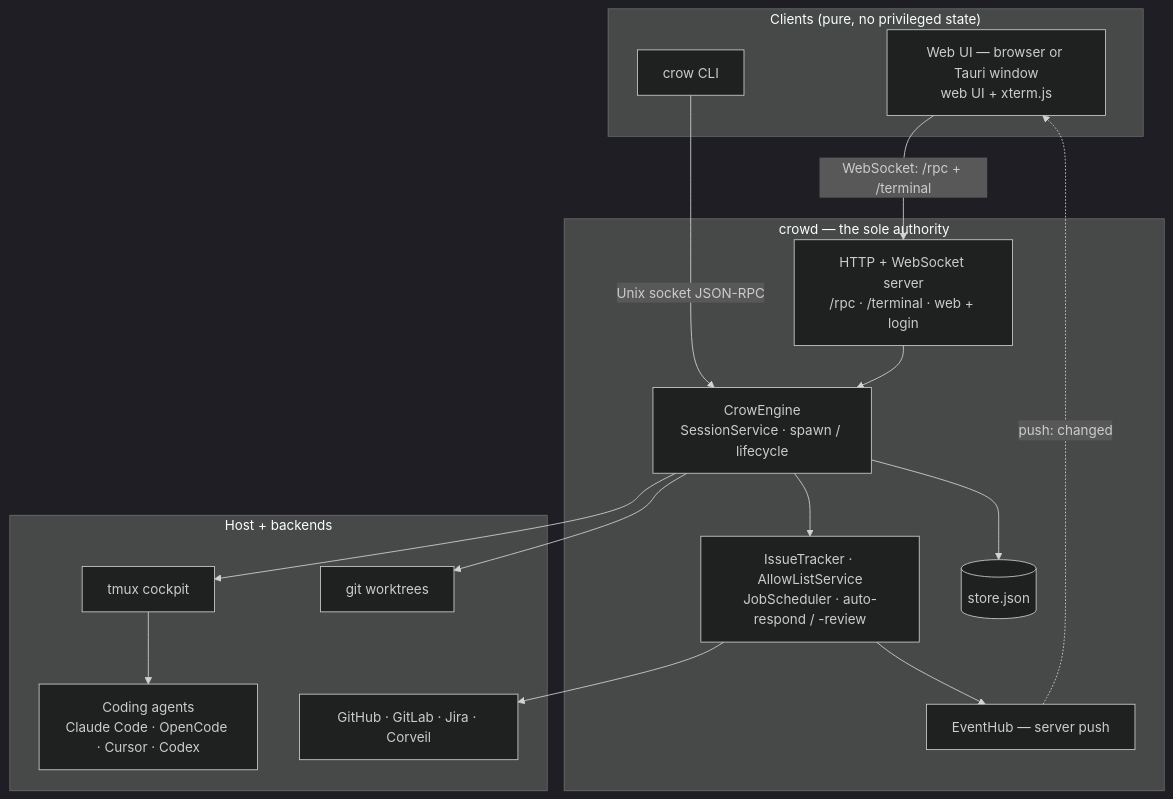
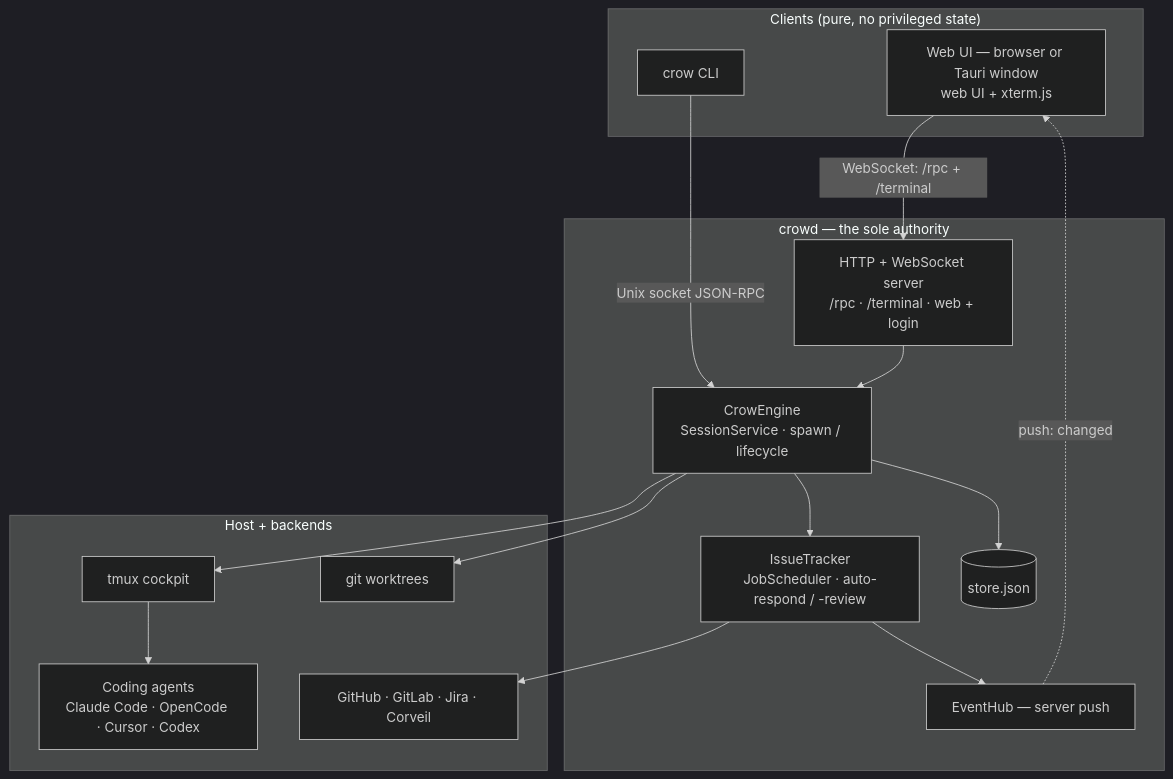
The diagram in README.md (corveil/crow), drawn with Mermaid (dark theme) before and after one commit. The commit also changed 47 other files, not shown here.

````diff
--- a/README.md
+++ b/README.md
@@ -9,34 +9,34 @@
 ```mermaid
 flowchart TB
     subgraph clients["Clients (pure, no privileged state)"]
         WEB["Web UI — browser or Tauri window<br/>web UI + xterm.js"]
         CLI["crow CLI"]
     end
 
     subgraph daemon["crowd — the sole authority"]
         HTTP["HTTP + WebSocket server<br/>/rpc · /terminal · web + login"]
         ENGINE["CrowEngine<br/>SessionService · spawn / lifecycle"]
-        BOARDS["IssueTracker · AllowListService<br/>JobScheduler · auto-respond / -review"]
+        BOARDS["IssueTracker<br/>JobScheduler · auto-respond / -review"]
         HUB["EventHub — server push"]
         STORE[("store.json")]
     end
 
     subgraph host["Host + backends"]
         TMUX["tmux cockpit"]
         AGENTS["Coding agents<br/>Claude Code · OpenCode · Cursor · Codex"]
         GIT["git worktrees"]
         PROV["GitHub · GitLab · Jira · Corveil"]
     end
 
     WEB -- "WebSocket: /rpc + /terminal" --> HTTP
     CLI -- "Unix socket JSON-RPC" --> ENGINE
     HTTP --> ENGINE
     ENGINE --> STORE
     ENGINE --> TMUX
     ENGINE --> GIT
     TMUX --> AGENTS
     ENGINE --> BOARDS
     BOARDS --> PROV
     BOARDS --> HUB
     HUB -. "push: changed" .-> WEB
 ```
````
